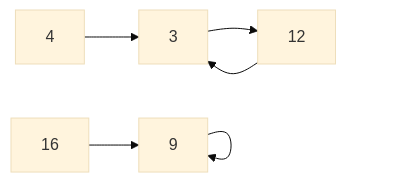
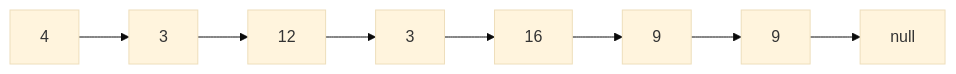
Before and after one commit to Jeffrey-S-Smith/reading-notes-401: the diagram in remove-duplicates-from-a-linked-list.md, drawn with Mermaid (base theme).

````diff
--- a/remove-duplicates-from-a-linked-list.md
+++ b/remove-duplicates-from-a-linked-list.md
@@ -15,7 +15,11 @@
 ```mermaid
-flowchart LR 
-     4 --> 3 -->
-     12 --> 3
-     16 --> 9 --> 
-     9
+graph LR
+                
+    A[4] --> B[3]
+    B --> C[12]
+    C --> D[3]
+    D --> E[16]
+    E --> F[9]
+    F --> G[9] 
+    G --> H[null]
 ```
````
